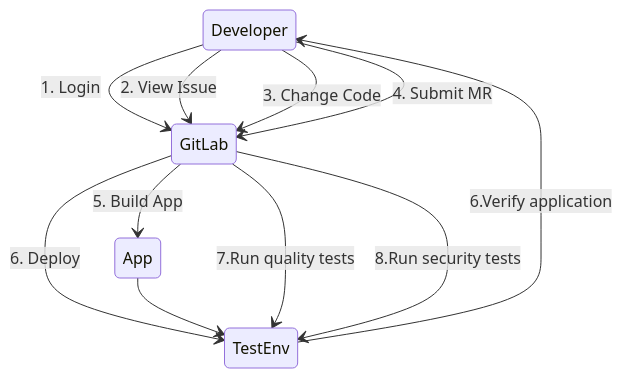
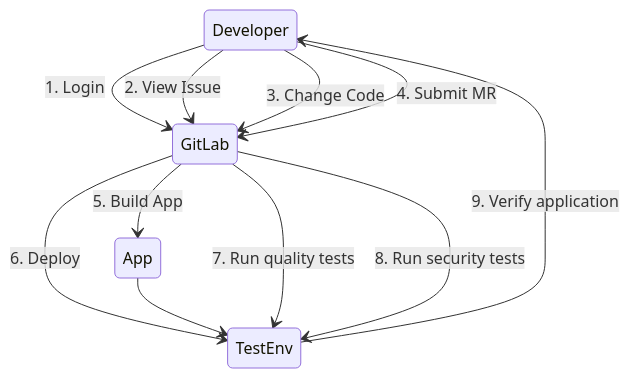
Before and after one commit to secretstartups/handbook: the first of 7 diagrams in product/single-application/dataflow.html.md, drawn with Mermaid. The commit also changed other lines of this file, not shown here.

Commit message:
Fix typo and inconsistencies in product data flow

````diff
--- a/product/single-application/dataflow.html.md
+++ b/product/single-application/dataflow.html.md
@@ -19,15 +19,15 @@
 ```mermaid
 stateDiagram
 
   Developer --> GitLab:1. Login
   Developer --> GitLab:2. View Issue
   Developer --> GitLab:3. Change Code
   Developer --> GitLab:4. Submit MR
   GitLab --> App:5. Build App
   GitLab --> TestEnv:6. Deploy
   App --> TestEnv
-  GitLab --> TestEnv:7.Run quality tests
-  GitLab --> TestEnv:8.Run security tests
-  TestEnv --> Developer:6.Verify application
+  GitLab --> TestEnv:7. Run quality tests
+  GitLab --> TestEnv:8. Run security tests
+  TestEnv --> Developer:9. Verify application
 
 ```
````
